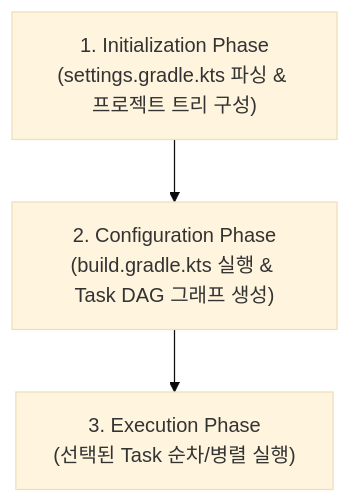
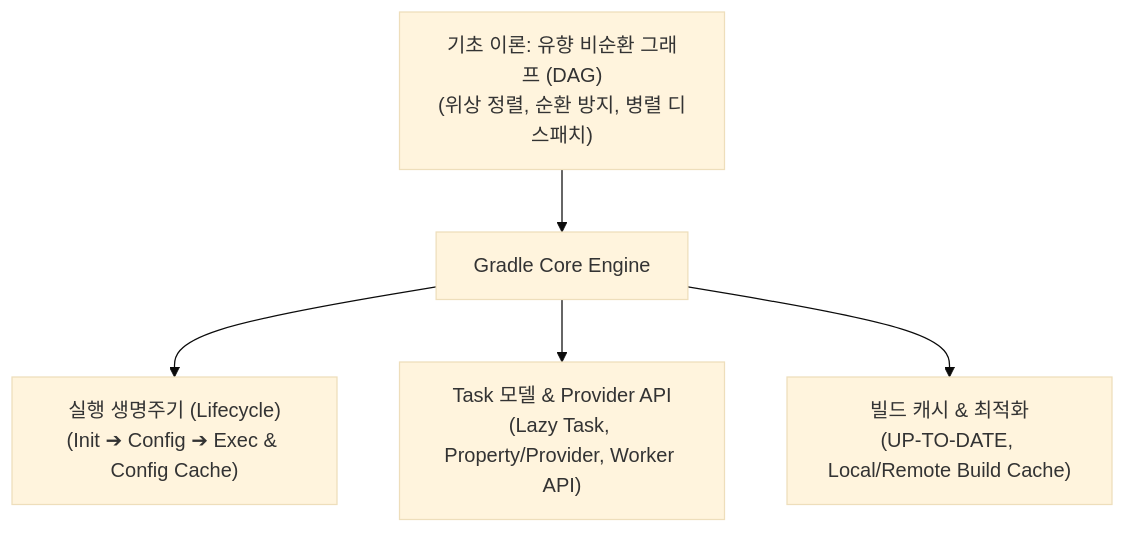
Before and after one commit to youngmin-gwon/what-i-studied: the diagram in 01_inbox/mobile/android/03_packaging_deployment/build/gradle/gradle-build/gradle-core.md, drawn with Mermaid (base theme). The commit also changed other lines of this file and 4 other files, not shown here.

````diff
--- a/01_inbox/mobile/android/03_packaging_deployment/build/gradle/gradle-build/gradle-core.md
+++ b/01_inbox/mobile/android/03_packaging_deployment/build/gradle/gradle-build/gradle-core.md
@@ -23,5 +17,7 @@
 ```mermaid
 flowchart TD
-    Init["1. Initialization Phase<br/>(settings.gradle.kts 파싱 & 프로젝트 트리 구성)"] --> Config["2. Configuration Phase<br/>(build.gradle.kts 실행 & Task DAG 그래프 생성)"]
-    Config --> Exec["3. Execution Phase<br/>(선택된 Task 순차/병렬 실행)"]
+    DAG["기초 이론: 유향 비순환 그래프 (DAG)<br/>(위상 정렬, 순환 방지, 병렬 디스패치)"] --> Engine["Gradle Core Engine"]
+    Engine --> Lifecycle["실행 생명주기 (Lifecycle)<br/>(Init ➔ Config ➔ Exec & Config Cache)"]
+    Engine --> TaskAPI["Task 모델 & Provider API<br/>(Lazy Task, Property/Provider, Worker API)"]
+    Engine --> Optimization["빌드 캐시 & 최적화<br/>(UP-TO-DATE, Local/Remote Build Cache)"]
 ```
````
